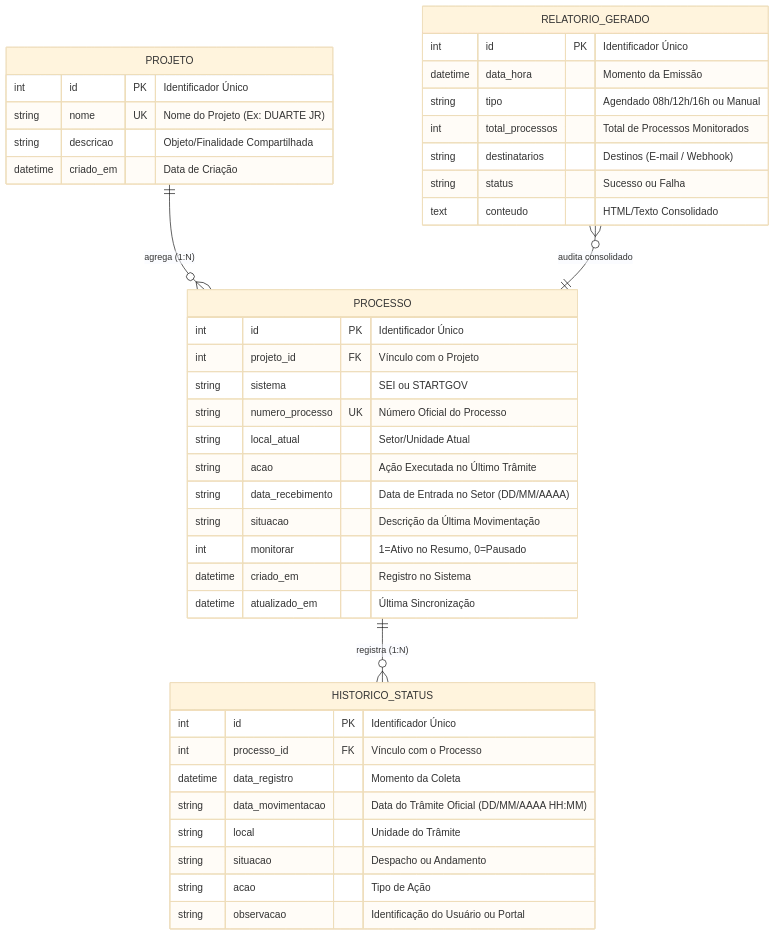
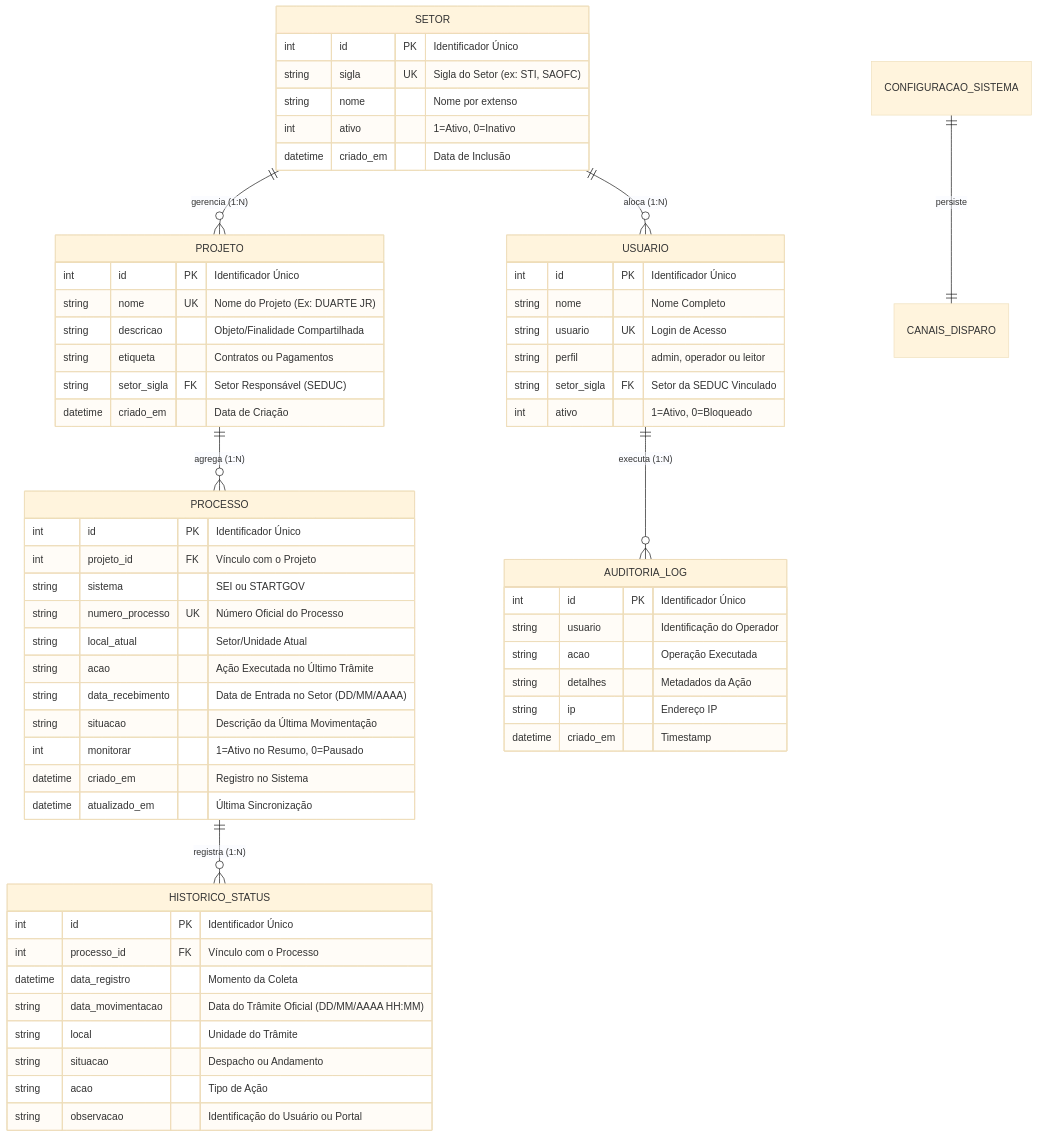
One commit to SJuniorD3/gestao-processos-sti changed the diagram in REGRAS_DE_NEGOCIO.md. Above: the diagram before and after it, drawn with Mermaid (base theme). The commit also changed other lines of this file and 4 other files, not shown here.

````diff
--- a/REGRAS_DE_NEGOCIO.md
+++ b/REGRAS_DE_NEGOCIO.md
@@ -35,48 +35,69 @@
 ```mermaid
 erDiagram
+    SETOR ||--o{ PROJETO : "gerencia (1:N)"
+    SETOR ||--o{ USUARIO : "aloca (1:N)"
     PROJETO ||--o{ PROCESSO : "agrega (1:N)"
     PROCESSO ||--o{ HISTORICO_STATUS : "registra (1:N)"
-    RELATORIO_GERADO }o--|| PROCESSO : "audita consolidado"
+    USUARIO ||--o{ AUDITORIA_LOG : "executa (1:N)"
+    CONFIGURACAO_SISTEMA ||--|| CANAIS_DISPARO : "persiste"
+
+    SETOR {
+        int id PK "Identificador Único"
+        string sigla UK "Sigla do Setor (ex: STI, SAOFC)"
+        string nome "Nome por extenso"
+        int ativo "1=Ativo, 0=Inativo"
+        datetime criado_em "Data de Inclusão"
+    }
 
     PROJETO {
         int id PK "Identificador Único"
         string nome UK "Nome do Projeto (Ex: DUARTE JR)"
         string descricao "Objeto/Finalidade Compartilhada"
+        string etiqueta "Contratos ou Pagamentos"
+        string setor_sigla FK "Setor Responsável (SEDUC)"
         datetime criado_em "Data de Criação"
     }
 
     PROCESSO {
         int id PK "Identificador Único"
         int projeto_id FK "Vínculo com o Projeto"
         string sistema "SEI ou STARTGOV"
         string numero_processo UK "Número Oficial do Processo"
         string local_atual "Setor/Unidade Atual"
         string acao "Ação Executada no Último Trâmite"
         string data_recebimento "Data de Entrada no Setor (DD/MM/AAAA)"
         string situacao "Descrição da Última Movimentação"
         int monitorar "1=Ativo no Resumo, 0=Pausado"
         datetime criado_em "Registro no Sistema"
         datetime atualizado_em "Última Sincronização"
     }
 
     HISTORICO_STATUS {
         int id PK "Identificador Único"
         int processo_id FK "Vínculo com o Processo"
         datetime data_registro "Momento da Coleta"
         string data_movimentacao "Data do Trâmite Oficial (DD/MM/AAAA HH:MM)"
         string local "Unidade do Trâmite"
         string situacao "Despacho ou Andamento"
         string acao "Tipo de Ação"
         string observacao "Identificação do Usuário ou Portal"
     }
 
-    RELATORIO_GERADO {
+    USUARIO {
         int id PK "Identificador Único"
-        datetime data_hora "Momento da Emissão"
-        string tipo "Agendado 08h/12h/16h ou Manual"
-        int total_processos "Total de Processos Monitorados"
-        string destinatarios "Destinos (E-mail / Webhook)"
-        string status "Sucesso ou Falha"
-        text conteudo "HTML/Texto Consolidado"
+        string nome "Nome Completo"
+        string usuario UK "Login de Acesso"
+        string perfil "admin, operador ou leitor"
+        string setor_sigla FK "Setor da SEDUC Vinculado"
+        int ativo "1=Ativo, 0=Bloqueado"
+    }
+
+    AUDITORIA_LOG {
+        int id PK "Identificador Único"
+        string usuario "Identificação do Operador"
+        string acao "Operação Executada"
+        string detalhes "Metadados da Ação"
+        string ip "Endereço IP"
+        datetime criado_em "Timestamp"
     }
 ```
````
